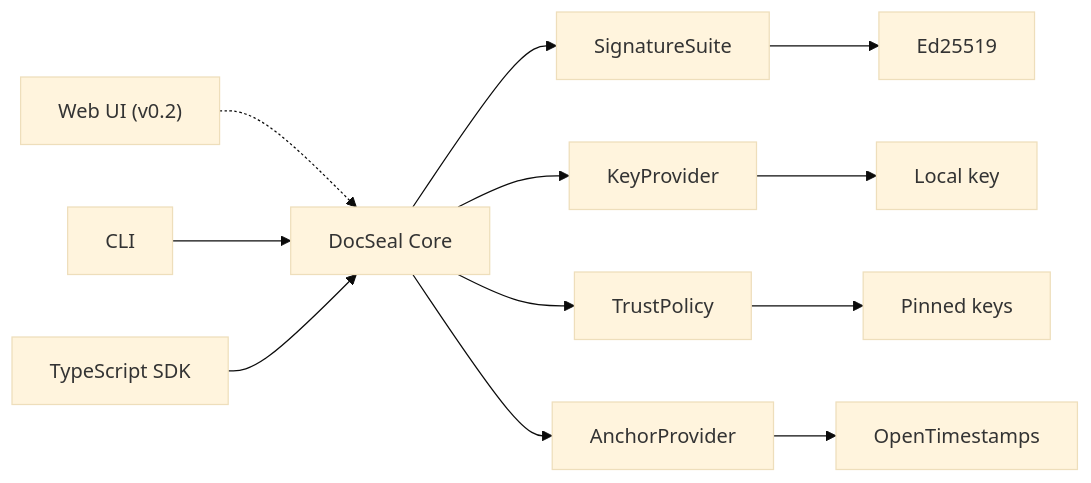
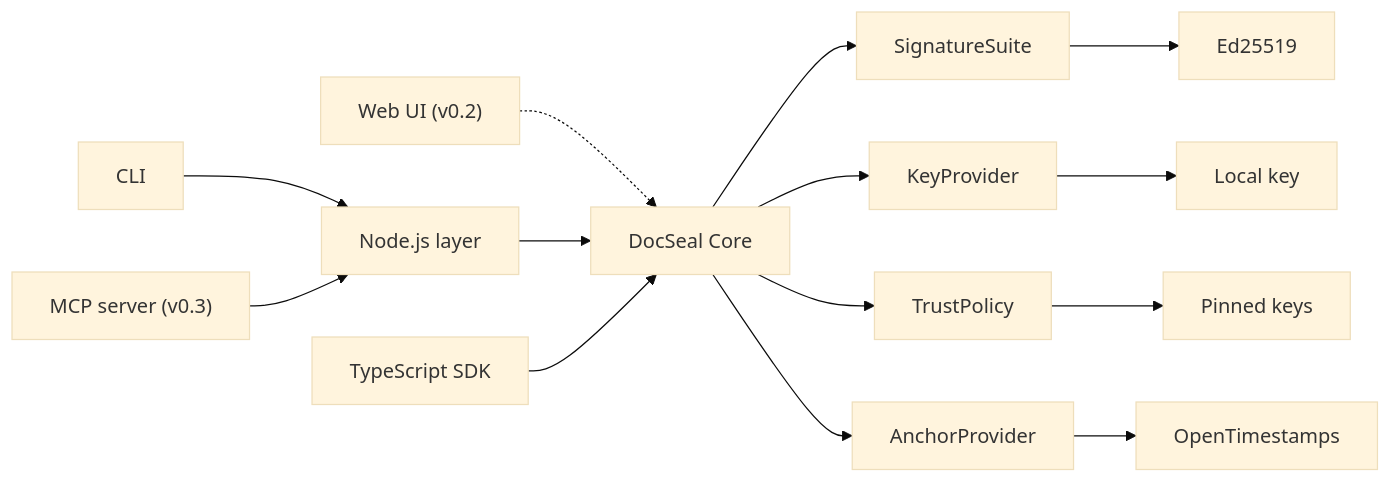
One commit to vlfors/docseal changed the diagram in README.md. Above: the diagram before and after it, drawn with Mermaid (base theme). The commit also changed other lines of this file and 2 other files, not shown here.

First line of the commit message:
Document the MCP server: install, clients, the skill, and sealing

````diff
--- a/README.md
+++ b/README.md
@@ -86,14 +97,16 @@
 ```mermaid
 flowchart LR
     WEB["Web UI (v0.2)"] -.-> CORE["DocSeal Core"]
-    CLI["CLI"] --> CORE
+    CLI["CLI"] --> NODE["Node.js layer"]
+    MCP["MCP server (v0.3)"] --> NODE
+    NODE --> CORE
     SDK["TypeScript SDK"] --> CORE
     CORE --> SIG["SignatureSuite"]
     CORE --> KEY["KeyProvider"]
     CORE --> TRUST["TrustPolicy"]
     CORE --> ANCHOR["AnchorProvider"]
     SIG --> ED["Ed25519"]
     KEY --> FILE["Local key"]
     TRUST --> PIN["Pinned keys"]
     ANCHOR --> OTS["OpenTimestamps"]
 ```
````
